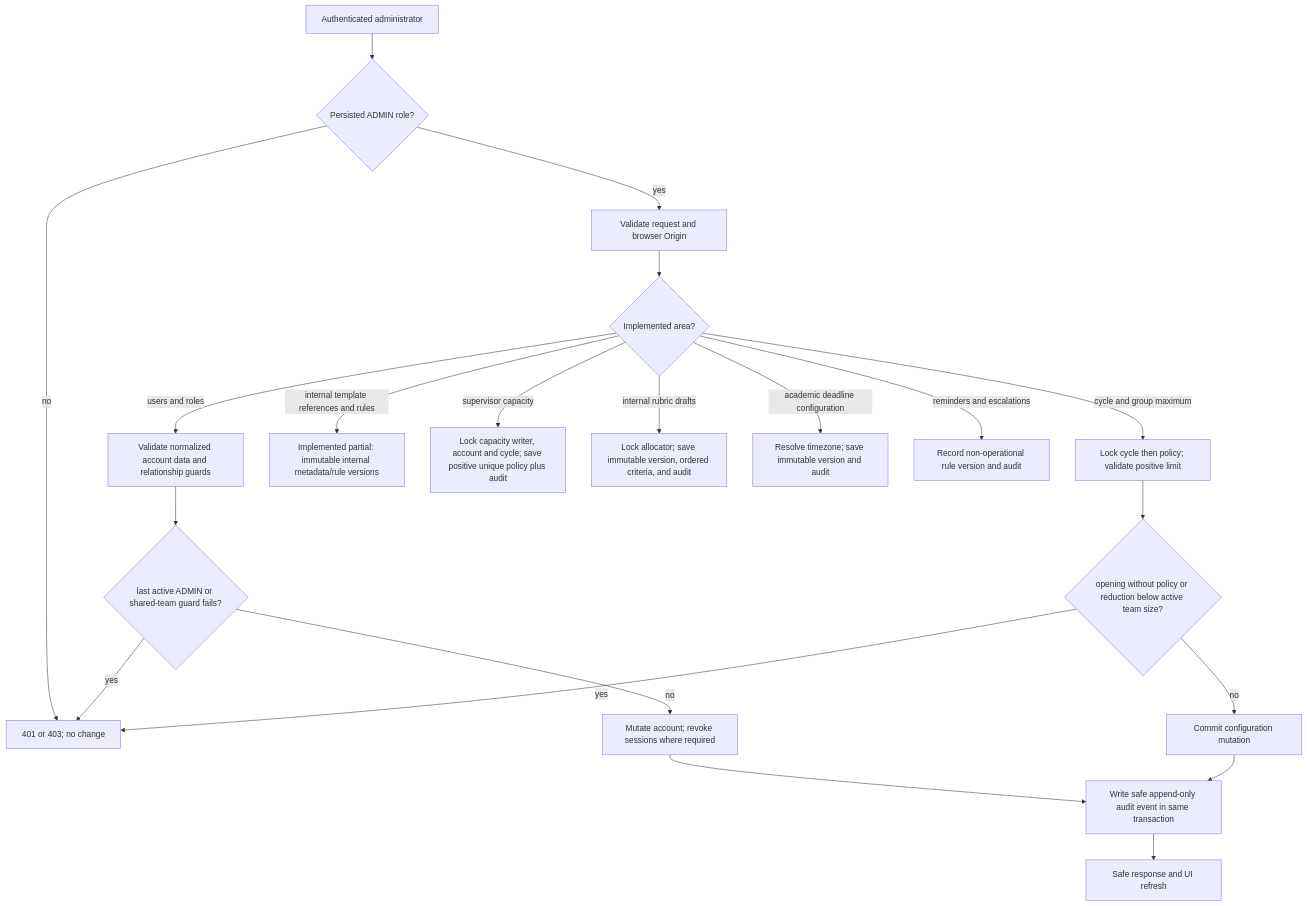
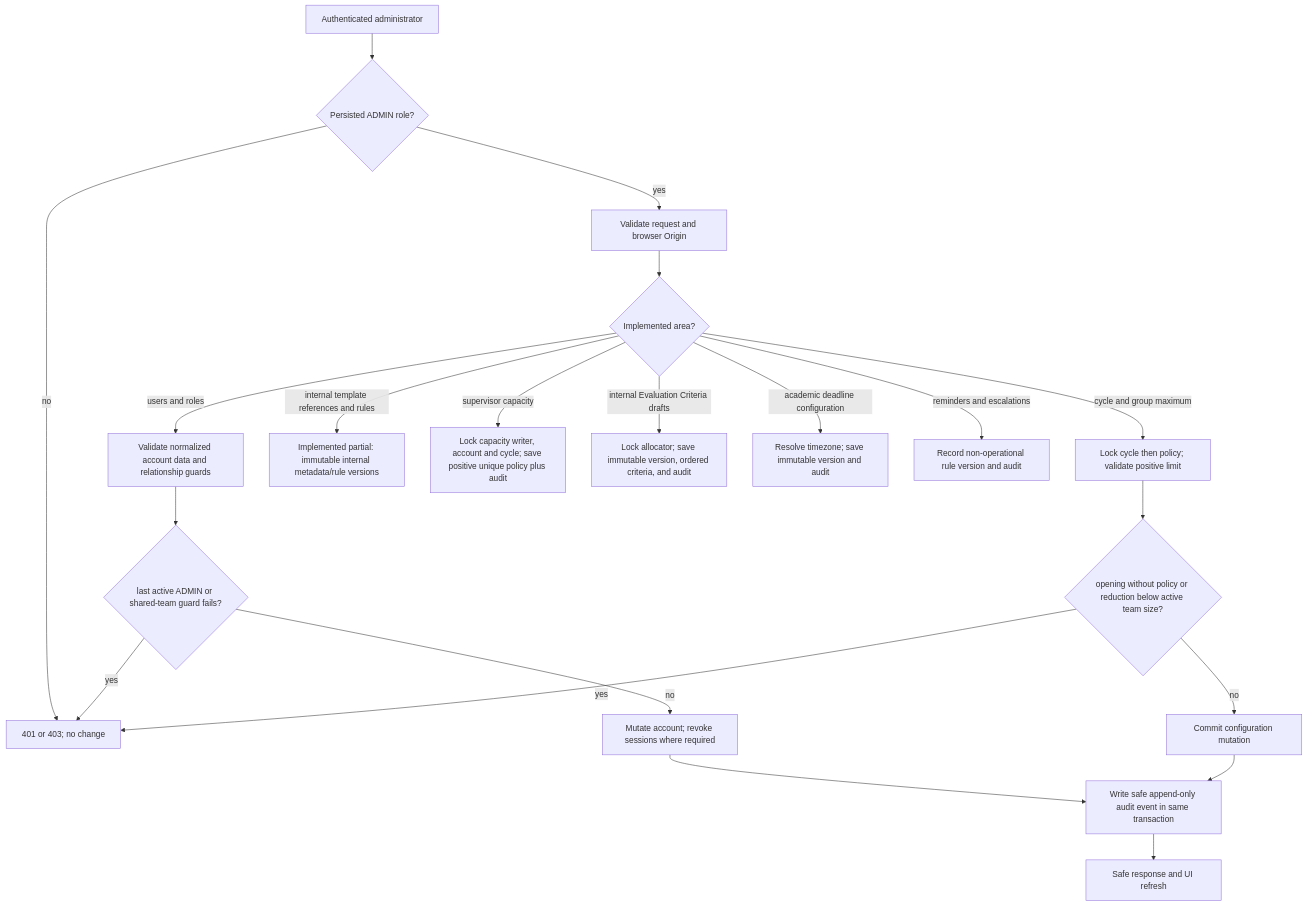
One commit to farazd63/FYPHub changed the fifth of 13 diagrams in docs/p1-workflows.md. Above: the diagram before and after it, drawn with Mermaid. The commit also changed other lines of this file and 46 other files, not shown here.

````diff
--- a/docs/p1-workflows.md
+++ b/docs/p1-workflows.md
@@ -78,23 +86,23 @@
 ```mermaid
 flowchart TD
     A[Authenticated administrator] --> B{Persisted ADMIN role?}
     B -- no --> X[401 or 403; no change]
     B -- yes --> C[Validate request and browser Origin]
     C --> D{Implemented area?}
     D -->|users and roles| E[Validate normalized account data and relationship guards]
     D -->|cycle and group maximum| F[Lock cycle then policy; validate positive limit]
     D -->|internal template references and rules| P[Implemented partial: immutable internal metadata/rule versions]
     D -->|supervisor capacity| R[Lock capacity writer, account and cycle; save positive unique policy plus audit]
-    D -->|internal rubric drafts| S[Lock allocator; save immutable version, ordered criteria, and audit]
+    D -->|internal Evaluation Criteria drafts| S[Lock allocator; save immutable version, ordered criteria, and audit]
     D -->|academic deadline configuration| T[Resolve timezone; save immutable version and audit]
     D -->|reminders and escalations| Q[Record non-operational rule version and audit]
     E --> G{last active ADMIN or shared-team guard fails?}
     G -- yes --> X
     G -- no --> H[Mutate account; revoke sessions where required]
     F --> I{opening without policy or reduction below active team size?}
     I -- yes --> X
     I -- no --> J[Commit configuration mutation]
     H --> K[Write safe append-only audit event in same transaction]
     J --> K
     K --> L[Safe response and UI refresh]
 ```
````
